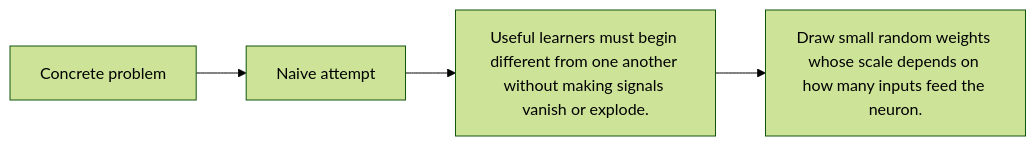
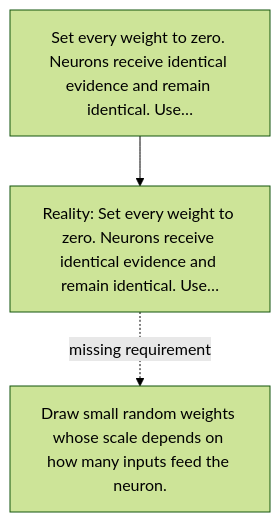
One commit to kleem-labs/AI-Archaeology changed the diagram in excavations/029-initialization/diagram.md. Above: the diagram before and after it, drawn with Mermaid (forest theme). The commit also changed other lines of this file and 288 other files, not shown here.

````diff
--- a/excavations/029-initialization/diagram.md
+++ b/excavations/029-initialization/diagram.md
@@ -3,4 +5,5 @@
-~~~mermaid
-flowchart LR
- A["Concrete problem"] --> B["Naive attempt"] --> C["Useful learners must begin different from one another without making signals vanish or explode."] --> D["Draw small random weights whose scale depends on how many inputs feed the neuron."]
-~~~
+```mermaid
+flowchart TD
+    A["Set every weight to zero. Neurons receive identical evidence and remain identical. Use…"] --> B["Reality: Set every weight to zero. Neurons receive identical evidence and remain identical. Use…"]
+    B -. "missing requirement" .-> C["Draw small random weights whose scale depends on how many inputs feed the neuron."]
+```
````
